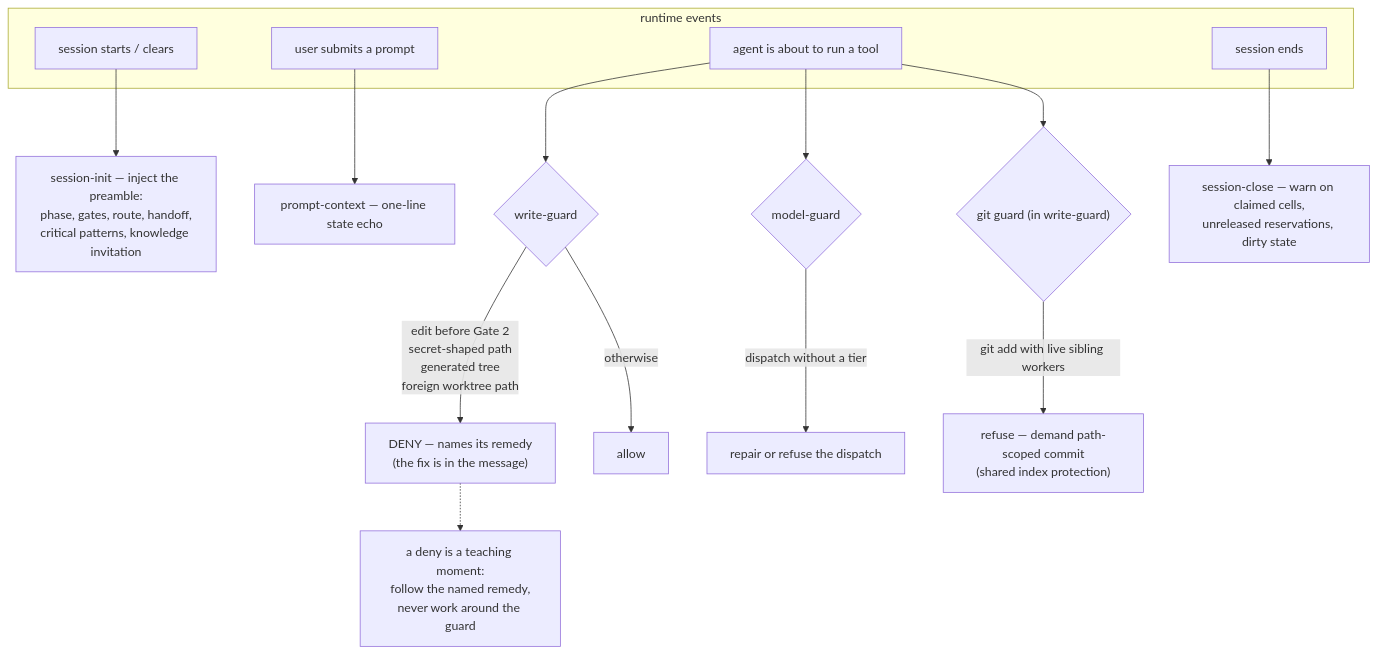
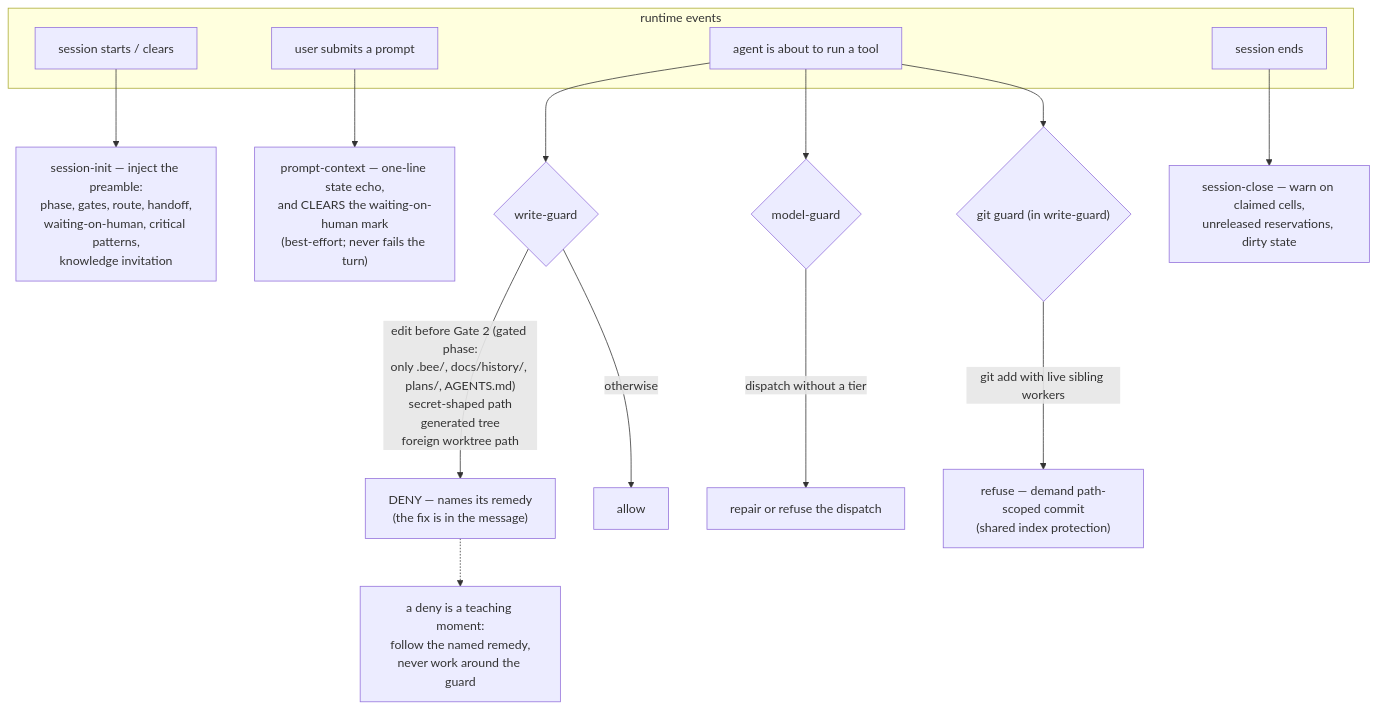
Before and after one commit to thanhsmind/beehive: the sixth of 6 diagrams in docs/handbook/architecture-map.md, drawn with Mermaid. The commit also changed other lines of this file and 5 other files, not shown here.

````diff
--- a/docs/handbook/architecture-map.md
+++ b/docs/handbook/architecture-map.md
@@ -238,20 +239,20 @@
 ```mermaid
 flowchart TB
     subgraph EVENTS["runtime events"]
         E1["session starts / clears"]
         E2["user submits a prompt"]
         E3["agent is about to run a tool"]
         E4["session ends"]
     end
-    E1 --> H1["session-init — inject the preamble:<br/>phase, gates, route, handoff,<br/>critical patterns, knowledge invitation"]
-    E2 --> H2["prompt-context — one-line state echo"]
+    E1 --> H1["session-init — inject the preamble:<br/>phase, gates, route, handoff,<br/>waiting-on-human, critical patterns,<br/>knowledge invitation"]
+    E2 --> H2["prompt-context — one-line state echo,<br/>and CLEARS the waiting-on-human mark<br/>(best-effort; never fails the turn)"]
     E3 --> H3{"write-guard"}
-    H3 -->|"edit before Gate 2<br/>secret-shaped path<br/>generated tree<br/>foreign worktree path"| DENY["DENY — names its remedy<br/>(the fix is in the message)"]
+    H3 -->|"edit before Gate 2 (gated phase:<br/>only .bee/, docs/history/, plans/, AGENTS.md)<br/>secret-shaped path<br/>generated tree<br/>foreign worktree path"| DENY["DENY — names its remedy<br/>(the fix is in the message)"]
     H3 -->|otherwise| ALLOW["allow"]
     E3 --> H4{"model-guard"}
     H4 -->|"dispatch without a tier"| REPAIR["repair or refuse the dispatch"]
     E3 --> H5{"git guard (in write-guard)"}
     H5 -->|"git add with live sibling workers"| PS["refuse — demand path-scoped commit<br/>(shared index protection)"]
     E4 --> H6["session-close — warn on claimed cells,<br/>unreleased reservations, dirty state"]
     DENY -.-> NOTE["a deny is a teaching moment:<br/>follow the named remedy,<br/>never work around the guard"]
 ```
````
